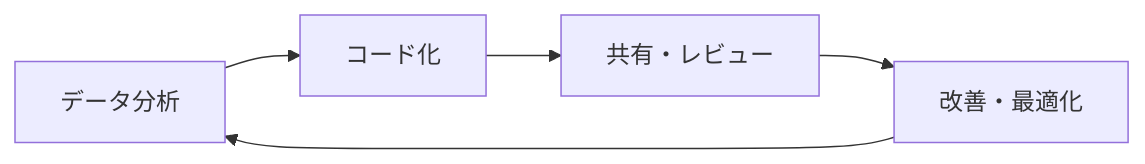
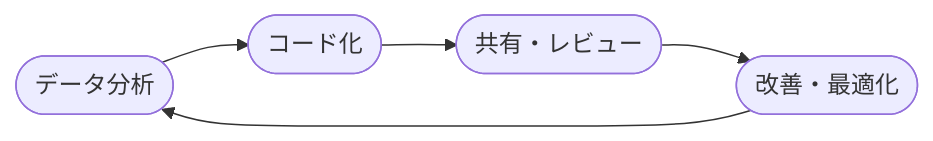
Before and after one commit to syeeel/cs-study-marp: the first of 6 diagrams in src/CS勉強会.md, drawn with Mermaid. The commit also changed other lines of this file and 1 other file, not shown here.

````diff
--- a/src/CS勉強会.md
+++ b/src/CS勉強会.md
@@ -55,7 +81,12 @@
-```mermaid
+<pre class="mermaid">
 graph LR
-    A[データ分析] --> B[コード化]
-    B --> C[共有・レビュー]
-    C --> D[改善・最適化]
+    A(["データ分析"])
+    B(["コード化"])
+    C(["共有・レビュー"])
+    D(["改善・最適化"])
+    
+    A --> B
+    B --> C
+    C --> D
     D --> A
-```
+</pre>
````
